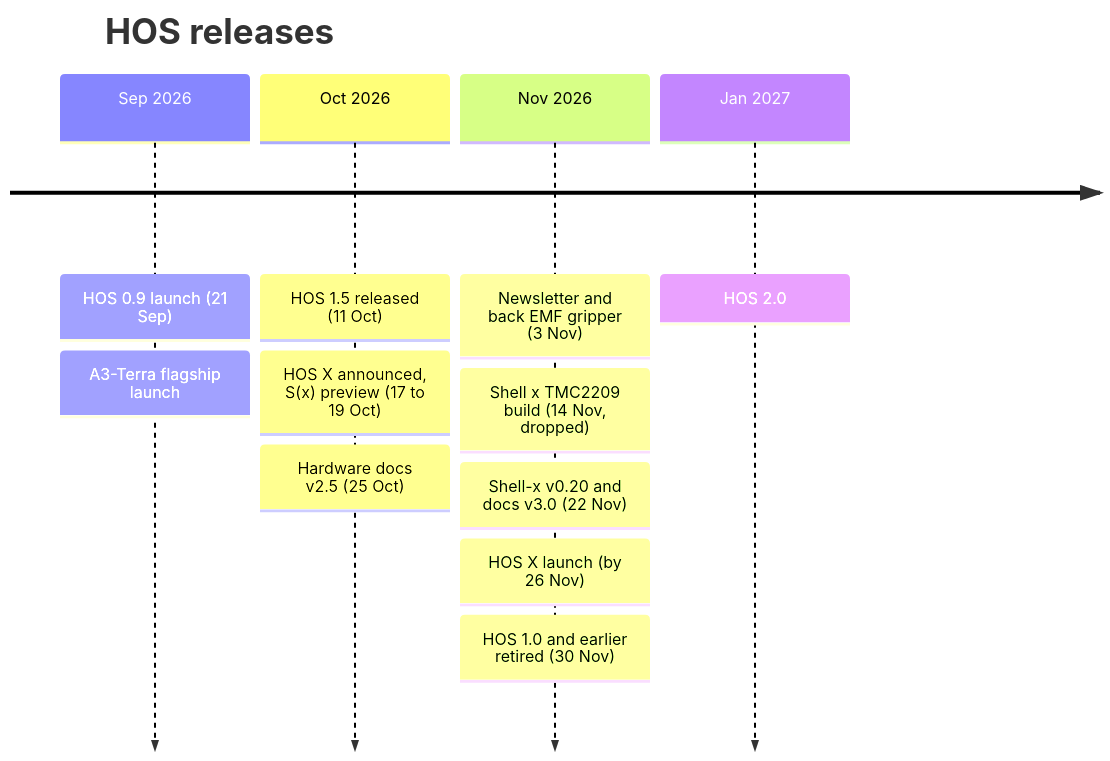
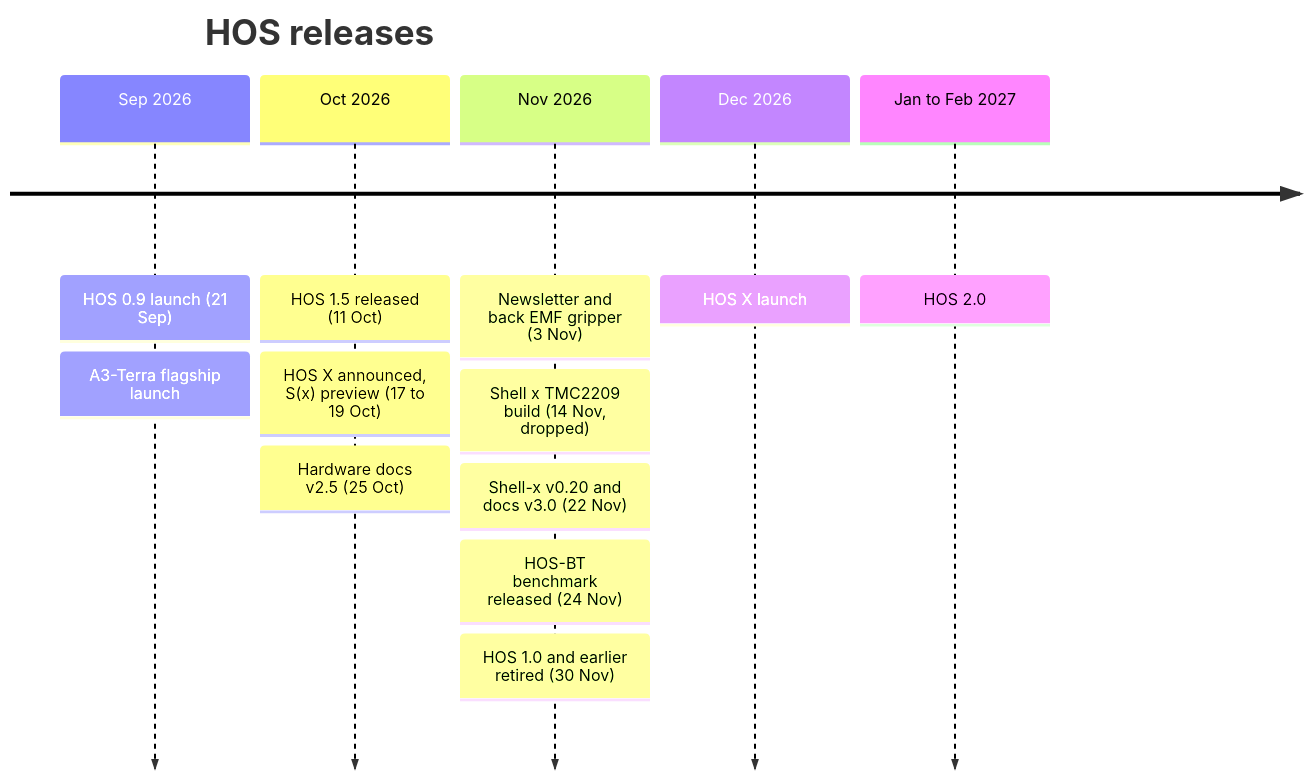
One commit to Aarav-111/Humanoid-Operating-System changed the first of 3 diagrams in README.md. Above: the diagram before and after it, drawn with Mermaid. The commit also changed other lines of this file, not shown here.

First line of the commit message:
README: HOS X delayed to December, HOS-BT benchmark, HOS 2.0 late Jan/early FebRevise HOS X launch date and add HOS-BT benchmark

````diff
--- a/README.md
+++ b/README.md
@@ -42,15 +42,16 @@
 ```mermaid
 timeline
     title HOS releases
     Sep 2026 : HOS 0.9 launch (21 Sep)
              : A3-Terra flagship launch
     Oct 2026 : HOS 1.5 released (11 Oct)
              : HOS X announced, S(x) preview (17 to 19 Oct)
              : Hardware docs v2.5 (25 Oct)
     Nov 2026 : Newsletter and back EMF gripper (3 Nov)
              : Shell x TMC2209 build (14 Nov, dropped)
              : Shell-x v0.20 and docs v3.0 (22 Nov)
-             : HOS X launch (by 26 Nov)
+             : HOS-BT benchmark released (24 Nov)
              : HOS 1.0 and earlier retired (30 Nov)
-    Jan 2027 : HOS 2.0
+    Dec 2026 : HOS X launch
+    Jan to Feb 2027 : HOS 2.0
 ```
````
